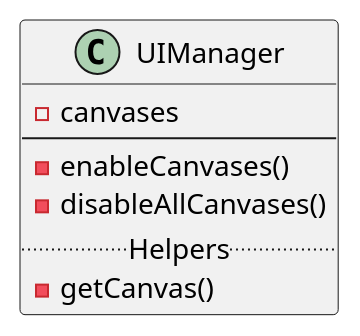
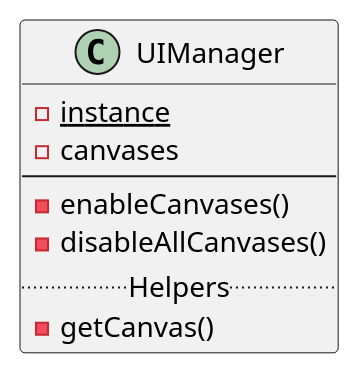
One commit to jskelly2021/Journey changed the diagram in UML/services/UISystem/UIManager.iuml. Above: the diagram before and after it, drawn with PlantUML. The commit also changed 7 other files, not shown here.

Commit message:
Updated UML for future implementation

```diff
--- a/UML/services/UISystem/UIManager.iuml
+++ b/UML/services/UISystem/UIManager.iuml
@@ -1,10 +1,11 @@
 @startuml UIManager
 class UIManager {
+    {static} -instance
     -canvases
     ---
     -enableCanvases()
     -disableAllCanvases()
     ..Helpers..
     -getCanvas()
 }
 @enduml
```
